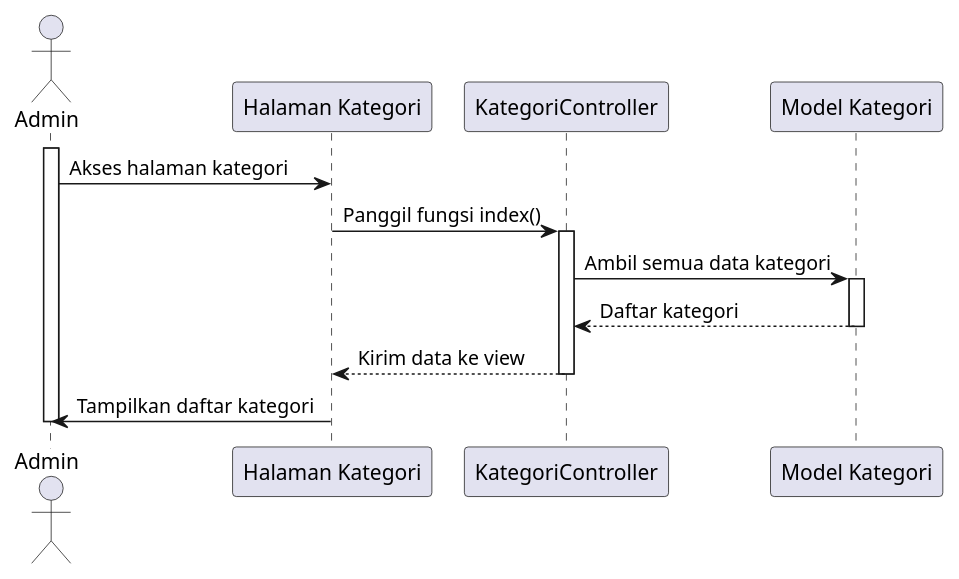
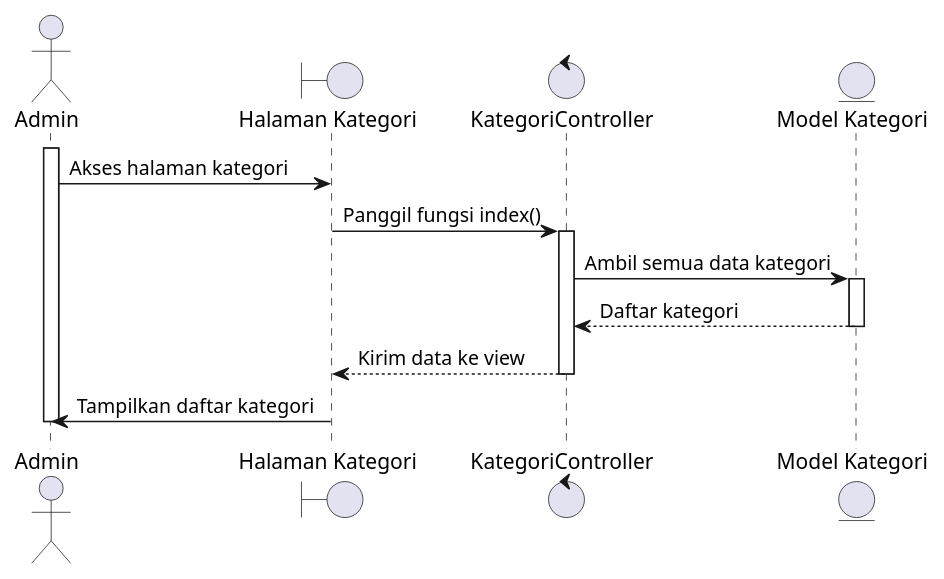
Before and after one commit to tengahcang/UML_TA: the diagram in sequence diagram/kategori barang/melihat_kategori_barang.wsd, drawn with PlantUML. The commit also changed 115 other files, not shown here.

```diff
--- a/sequence diagram/kategori barang/melihat_kategori_barang.wsd
+++ b/sequence diagram/kategori barang/melihat_kategori_barang.wsd
@@ -1,24 +1,24 @@
 @startuml
 actor Admin
 
-participant "Halaman Kategori" as KategoriPage
-participant "KategoriController" as Controller
-participant "Model Kategori" as KategoriModel
+boundary "Halaman Kategori" as KategoriPage
+control "KategoriController" as Controller
+entity "Model Kategori" as KategoriModel
 
 activate Admin
 Admin -> KategoriPage: Akses halaman kategori
 KategoriPage -> Controller: Panggil fungsi index()
 activate Controller
 
 Controller -> KategoriModel: Ambil semua data kategori
 activate KategoriModel
 KategoriModel --> Controller: Daftar kategori
 deactivate KategoriModel
 
 Controller --> KategoriPage: Kirim data ke view
 deactivate Controller
 
 KategoriPage -> Admin: Tampilkan daftar kategori
 deactivate Admin
 
 @enduml
```
